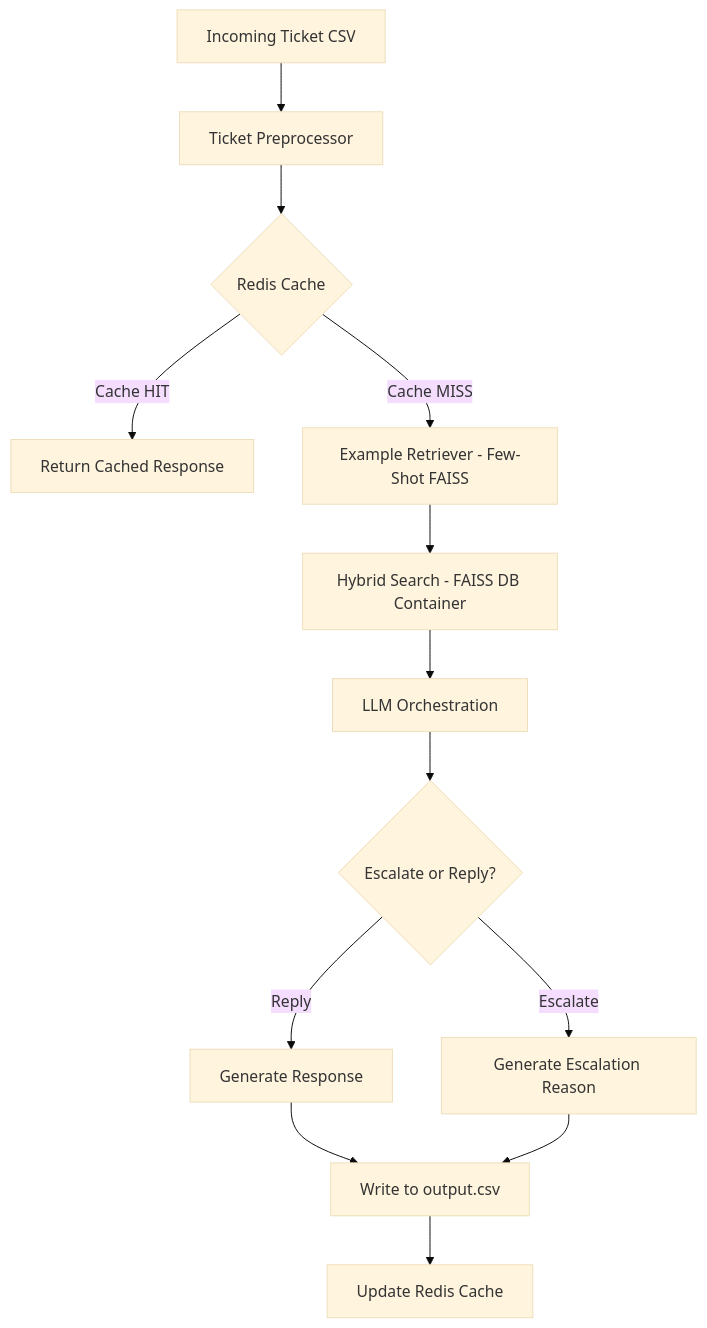
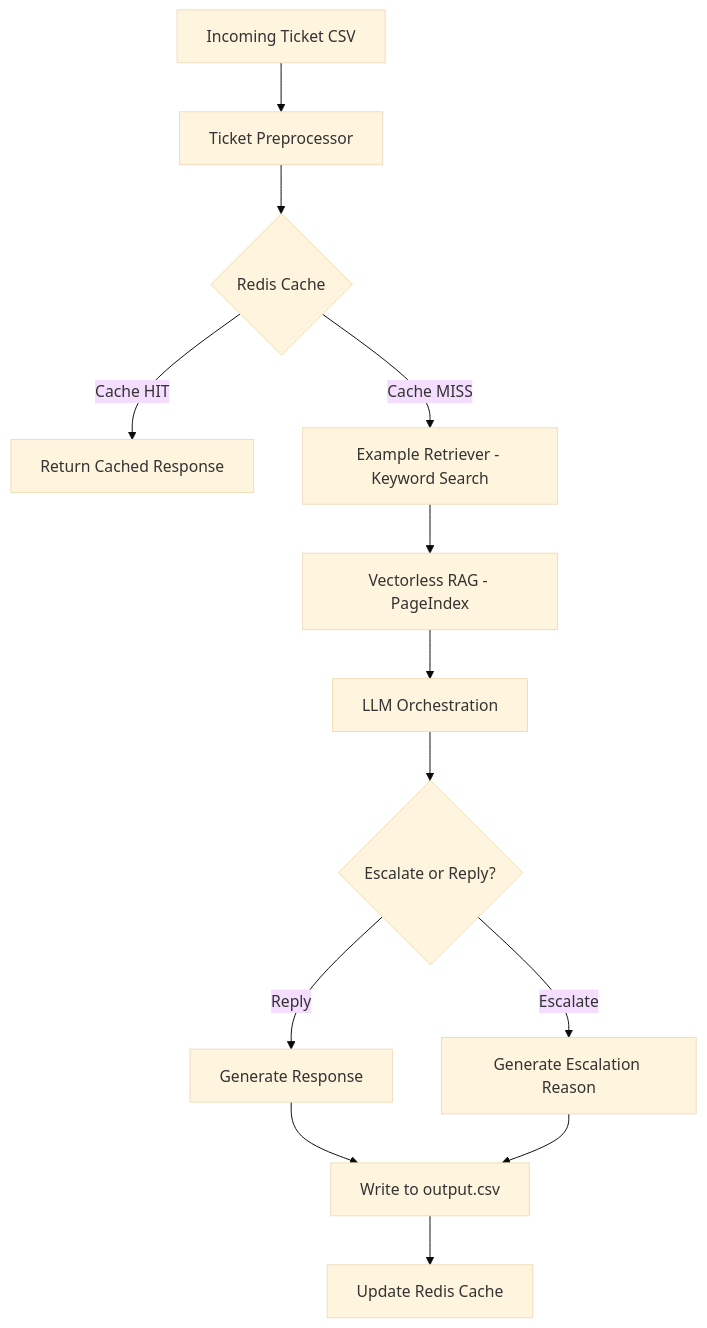
The first of 3 diagrams in code/README.md (Abhi0049k/Orchestrate), drawn with Mermaid (base theme) before and after one commit. The commit also changed other lines of this file and 12 other files, not shown here.

Commit message:
feat: migrate to vectorless RAG using PageIndex

````diff
--- a/code/README.md
+++ b/code/README.md
@@ -16,15 +16,15 @@
 ```mermaid
 graph TD
     A[Incoming Ticket CSV] --> B[Ticket Preprocessor]
     B --> C{Redis Cache}
     C -- Cache HIT --> D[Return Cached Response]
-    C -- Cache MISS --> E[Example Retriever - Few-Shot FAISS]
-    E --> F[Hybrid Search - FAISS DB Container]
+    C -- Cache MISS --> E[Example Retriever - Keyword Search]
+    E --> F[Vectorless RAG - PageIndex]
     F --> G[LLM Orchestration]
     G --> H{Escalate or Reply?}
     H -- Reply --> I[Generate Response]
     H -- Escalate --> J[Generate Escalation Reason]
     I --> K[Write to output.csv]
     J --> K
     K --> L[Update Redis Cache]
 ```
````
